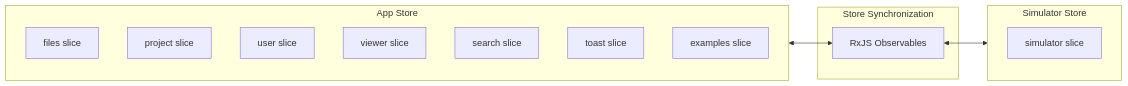
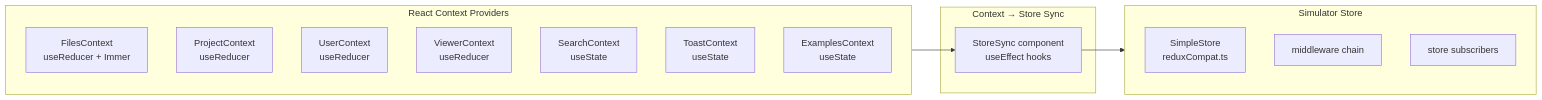
Before and after one commit to hashintel/labs: the second of 5 diagrams in ARCHITECTURE.md, drawn with Mermaid. The commit also changed other lines of this file, not shown here.

First line of the commit message:
Update ARCHITECTURE.md to reflect current state after Redux removal

````diff
--- a/ARCHITECTURE.md
+++ b/ARCHITECTURE.md
@@ -117,25 +145,27 @@
 ```mermaid
 flowchart LR
-    subgraph AppStore[App Store]
+    subgraph AppContexts[React Context Providers]
         direction TB
-        Files[files slice]
-        Project[project slice]
-        User[user slice]
-        ViewerSlice[viewer slice]
-        Search[search slice]
-        Toast[toast slice]
-        Examples[examples slice]
+        Files[FilesContext<br/>useReducer + Immer]
+        Project[ProjectContext<br/>useReducer]
+        User[UserContext<br/>useReducer]
+        Viewer[ViewerContext<br/>useReducer]
+        Search[SearchContext<br/>useState]
+        Toast[ToastContext<br/>useState]
+        Examples[ExamplesContext<br/>useState]
     end
     
     subgraph SimStore[Simulator Store]
         direction TB
-        Simulator[simulator slice]
+        Simulator[SimpleStore<br/>reduxCompat.ts]
+        Middleware[middleware chain]
+        Subscribers[store subscribers]
     end
     
-    subgraph Sync[Store Synchronization]
-        RxJS[RxJS Observables]
+    subgraph Sync[Context → Store Sync]
+        StoreSync[StoreSync component<br/>useEffect hooks]
     end
     
-    AppStore <--> RxJS
-    RxJS <--> SimStore
+    AppContexts --> StoreSync
+    StoreSync --> SimStore
 ```
````
